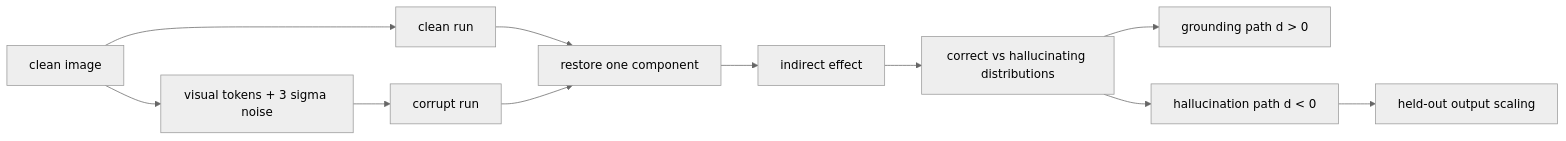
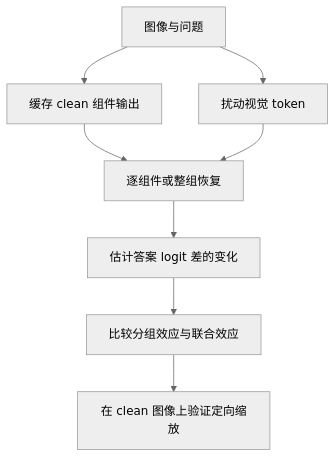
One commit to ChenXi4232/vlm-hallucination-notes changed the diagram in docs/papers/dual-pathway-circuits.md. Above: the diagram before and after it, drawn with Mermaid (neutral theme). The commit also changed other lines of this file and 18 other files, not shown here.

````diff
--- a/docs/papers/dual-pathway-circuits.md
+++ b/docs/papers/dual-pathway-circuits.md
@@ -66,13 +67,10 @@
 ```mermaid
-flowchart LR
-  A[clean image] --> B[clean run]
-  A --> C[visual tokens + 3 sigma noise]
-  C --> D[corrupt run]
-  B --> E[restore one component]
-  D --> E
-  E --> F[indirect effect]
-  F --> G[correct vs hallucinating distributions]
-  G --> H[grounding path d > 0]
-  G --> I[hallucination path d < 0]
-  I --> J[held-out output scaling]
+flowchart TD
+  A[图像与问题] --> B[缓存 clean 组件输出]
+  A --> C[扰动视觉 token]
+  B --> D[逐组件或整组恢复]
+  C --> D
+  D --> E[估计答案 logit 差的变化]
+  E --> F[比较分组效应与联合效应]
+  F --> G[在 clean 图像上验证定向缩放]
 ```
````
